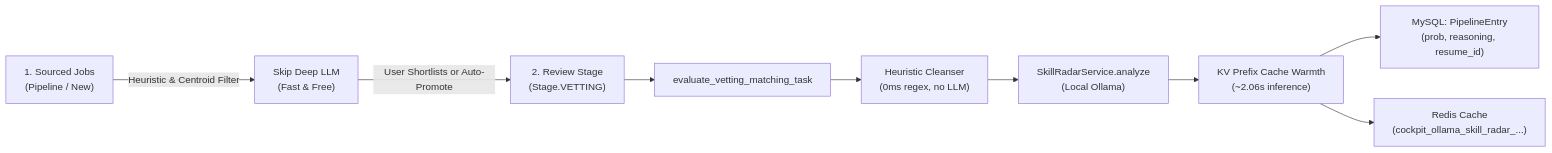
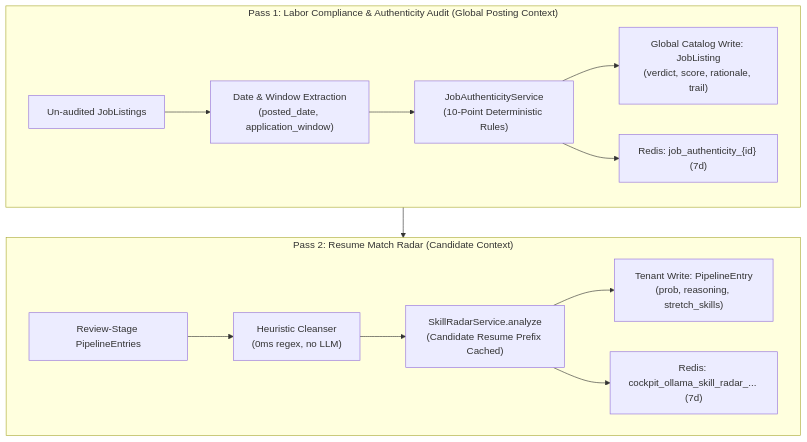
One commit to joedominic/hw changed the second of 2 diagrams in docs/architecture.md. Above: the diagram before and after it, drawn with Mermaid. The commit also changed other lines of this file and 70 other files, not shown here.

````diff
--- a/docs/architecture.md
+++ b/docs/architecture.md
@@ -123,11 +123,18 @@
 ```mermaid
-flowchart LR
-    Sourced["1. Sourced Jobs<br>(Pipeline / New)"] -->|Heuristic & Centroid Filter| Filter["Skip Deep LLM<br>(Fast & Free)"]
-    Filter -->|User Shortlists or Auto-Promote| Vetting["2. Review Stage<br>(Stage.VETTING)"]
-    Vetting --> HueyTask["evaluate_vetting_matching_task"]
-    HueyTask --> Cleanser["Heuristic Cleanser<br>(0ms regex, no LLM)"]
-    Cleanser --> Radar["SkillRadarService.analyze<br>(Local Ollama)"]
-    Radar --> KV["KV Prefix Cache Warmth<br>(~2.06s inference)"]
-    KV --> StoreDB["MySQL: PipelineEntry<br>(prob, reasoning, resume_id)"]
-    KV --> StoreRedis["Redis Cache<br>(cockpit_ollama_skill_radar_...)"]
+flowchart TD
+    subgraph Pass1 ["Pass 1: Labor Compliance & Authenticity Audit (Global Posting Context)"]
+        P1_Jobs["Un-audited JobListings"] --> P1_Extract["Date & Window Extraction<br>(posted_date, application_window)"]
+        P1_Extract --> P1_Ollama["JobAuthenticityService<br>(10-Point Deterministic Rules)"]
+        P1_Ollama --> P1_DB["Global Catalog Write: JobListing<br>(verdict, score, rationale, trail)"]
+        P1_Ollama --> P1_Redis["Redis: job_authenticity_{id} (7d)"]
+    end
+
+    subgraph Pass2 ["Pass 2: Resume Match Radar (Candidate Context)"]
+        P2_Jobs["Review-Stage PipelineEntries"] --> P2_Cleanse["Heuristic Cleanser<br>(0ms regex, no LLM)"]
+        P2_Cleanse --> P2_Ollama["SkillRadarService.analyze<br>(Candidate Resume Prefix Cached)"]
+        P2_Ollama --> P2_DB["Tenant Write: PipelineEntry<br>(prob, reasoning, stretch_skills)"]
+        P2_Ollama --> P2_Redis["Redis: cockpit_ollama_skill_radar_... (7d)"]
+    end
+
+    Pass1 --> Pass2
 ```
````
